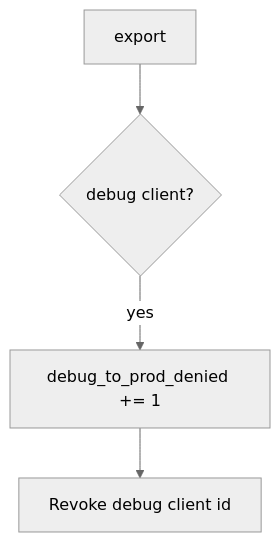
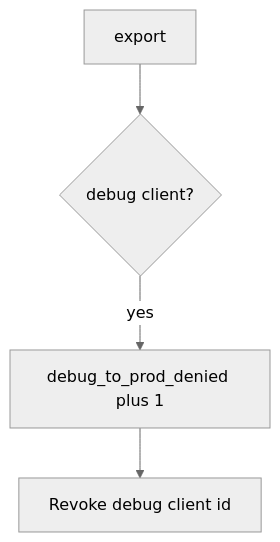
Before and after one commit to ishitvagoel/LearnSecurity: the diagram in content/modules/8/8.4/lessons/06-operate.md, drawn with Mermaid (neutral theme). The commit also changed other lines of this file and 28 other files, not shown here.

````diff
--- a/content/modules/8/8.4/lessons/06-operate.md
+++ b/content/modules/8/8.4/lessons/06-operate.md
@@ -13,6 +13,6 @@
 ```mermaid
 flowchart TD
   Call[export] --> Dbg{debug client?}
-  Dbg -->|yes| Metric["debug_to_prod_denied += 1"]
+  Dbg -->|yes| Metric["debug_to_prod_denied plus 1"]
   Metric --> Revoke[Revoke debug client id]
 ```
````
